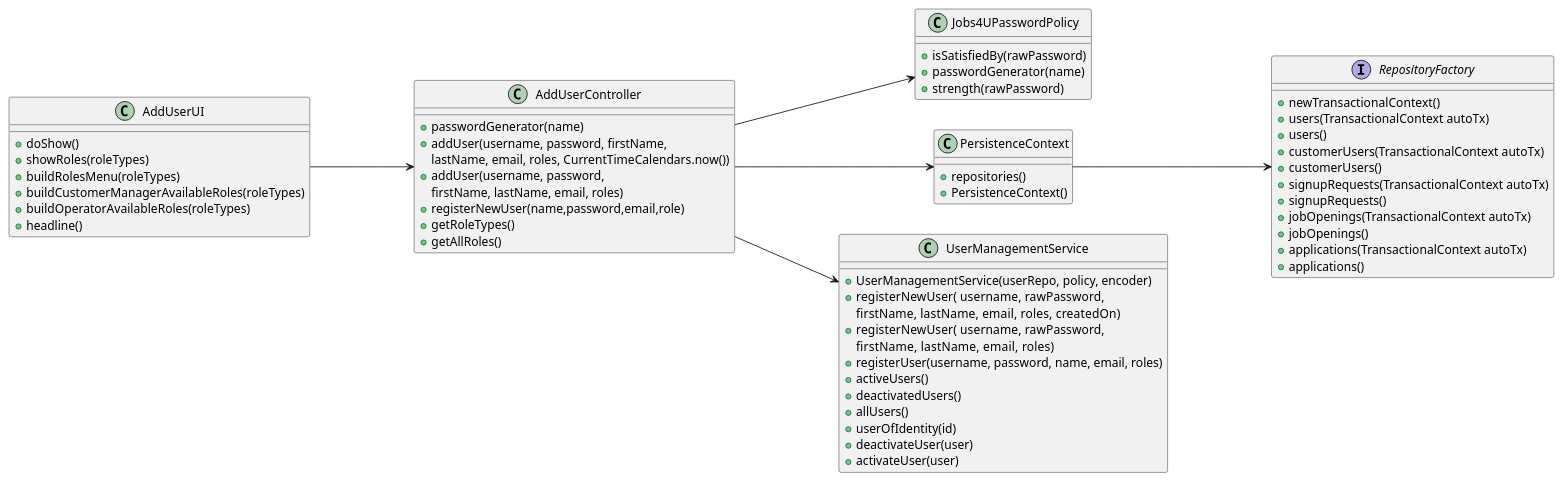
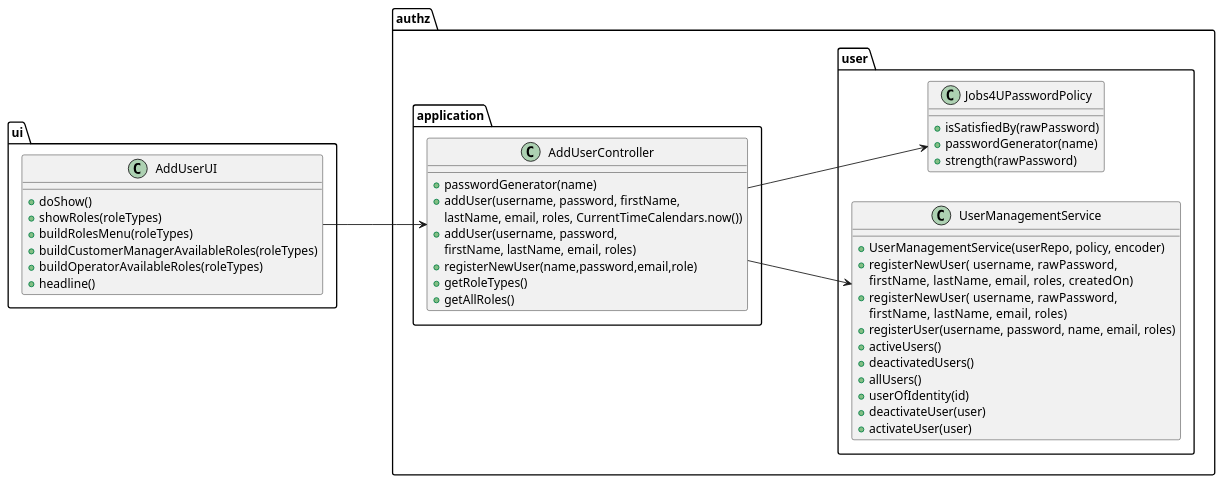
One commit to MiguelCardoso77/LAPR4 changed the diagram in docs/SprintB/add-user/class-diagram.puml. Above: the diagram before and after it, drawn with PlantUML. The commit also changed 25 other files, not shown here.

```diff
--- a/docs/SprintB/add-user/class-diagram.puml
+++ b/docs/SprintB/add-user/class-diagram.puml
@@ -1,76 +1,62 @@
 @startuml
 'skinparam linetype ortho
 left to right direction
 
+package "ui" {
 class AddUserUI {
     + doShow()
     + showRoles(roleTypes)
     + buildRolesMenu(roleTypes)
     + buildCustomerManagerAvailableRoles(roleTypes)
     + buildOperatorAvailableRoles(roleTypes)
     +  headline()
 }
-
+}
+package "authz"{
+package "application" {
 class AddUserController {
     + passwordGenerator(name)
     + addUser(username, password, firstName,
     lastName, email, roles, CurrentTimeCalendars.now())
     + addUser(username, password,
     firstName, lastName, email, roles)
     + registerNewUser(name,password,email,role)
     + getRoleTypes()
     + getAllRoles()
 }
-
-class Jobs4UPasswordPolicy {
-    + isSatisfiedBy(rawPassword)
-    + passwordGenerator(name)
-    + strength(rawPassword)
 }
 
-interface RepositoryFactory {
-    + newTransactionalContext()
-    + users(TransactionalContext autoTx)
-    + users()
-    + customerUsers(TransactionalContext autoTx)
-    + customerUsers()
-    + signupRequests(TransactionalContext autoTx)
-    + signupRequests()
-    + jobOpenings(TransactionalContext autoTx)
-    + jobOpenings()
-    + applications(TransactionalContext autoTx)
-    + applications()
-}
 
-class PersistenceContext {
-    + repositories()
-    + PersistenceContext()
-}
-
+package "user" {
 class UserManagementService {
     + UserManagementService(userRepo, policy, encoder)
     + registerNewUser( username,  rawPassword,
     firstName,  lastName,  email, roles, createdOn)
     + registerNewUser( username,  rawPassword,
     firstName,  lastName,  email, roles)
     + registerUser(username, password, name, email, roles)
     + activeUsers()
     + deactivatedUsers()
     + allUsers()
     + userOfIdentity(id)
     + deactivateUser(user)
     + activateUser(user)
 }
 
+class Jobs4UPasswordPolicy {
+    + isSatisfiedBy(rawPassword)
+    + passwordGenerator(name)
+    + strength(rawPassword)
+}
+}
+
+}
+
 
 AddUserUI ---> AddUserController
 
 AddUserController ---> Jobs4UPasswordPolicy
 
 AddUserController ---> UserManagementService
 
-AddUserController ---> PersistenceContext
-
-PersistenceContext ---> RepositoryFactory
-
 @enduml
```
